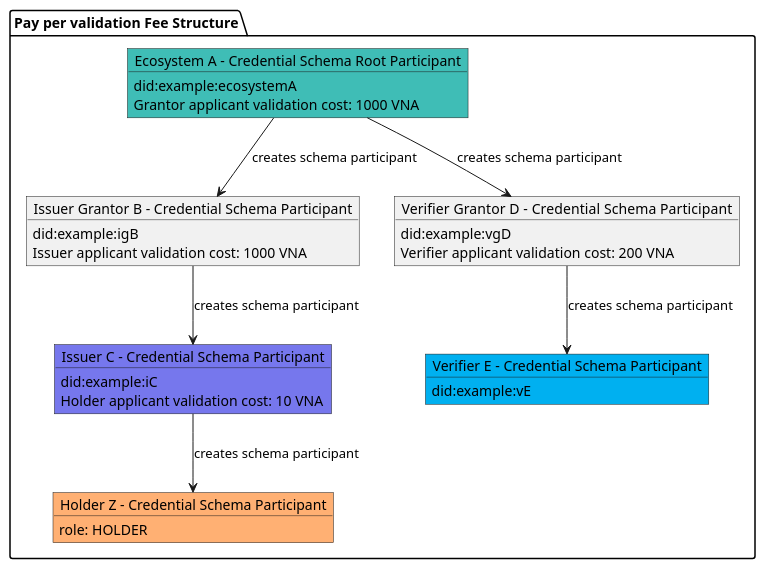
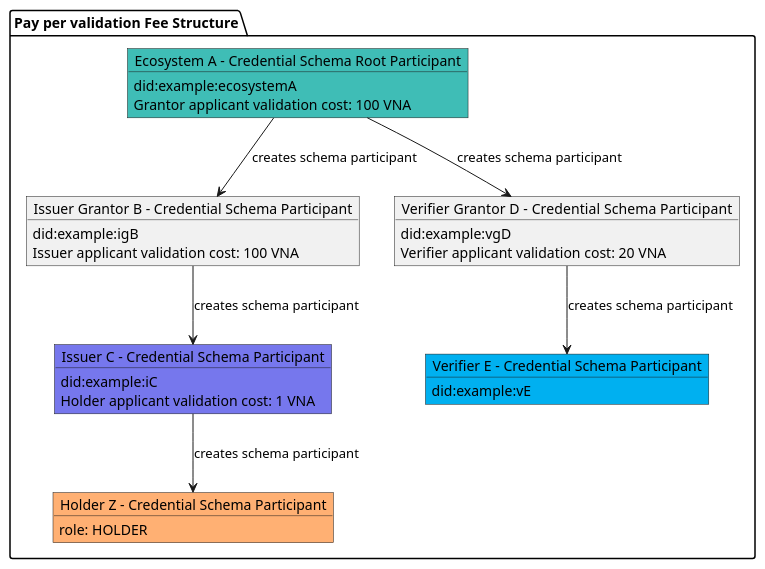
The fourth of 21 diagrams in spec.md (verana-labs/verifiable-trust-vpr-spec), drawn with PlantUML before and after one commit. The commit also changed other lines of this file, not shown here.

First line of the commit message:
docs(spec): use realistic VNA amounts in examples

````diff
--- a/spec.md
+++ b/spec.md
@@ -468,41 +468,41 @@
 ```plantuml
 
 @startuml
 scale max 800 width
  
 package "Pay per validation Fee Structure" as cs {
 
     object "Ecosystem A - Credential Schema Root Participant" as tr #3fbdb6 {
         did:example:ecosystemA
-        Grantor applicant validation cost: 1000 VNA
+        Grantor applicant validation cost: 100 VNA
     }
     object "Issuer Grantor B - Credential Schema Participant" as ig {
         did:example:igB
-        Issuer applicant validation cost: 1000 VNA
+        Issuer applicant validation cost: 100 VNA
     }
     object "Issuer C - Credential Schema Participant" as issuer #7677ed  {
         did:example:iC
-        Holder applicant validation cost: 10 VNA
+        Holder applicant validation cost: 1 VNA
     }
     object "Verifier Grantor D -  Credential Schema Participant" as vg {
         did:example:vgD
-        Verifier applicant validation cost: 200 VNA
+        Verifier applicant validation cost: 20 VNA
     }
     object "Verifier E - Credential Schema Participant" as verifier #00b0f0 {
         did:example:vE
     }
 
     object "Holder Z - Credential Schema Participant" as holder #FFB073 {
         role: HOLDER
     }
 }
 
 tr --> ig : creates schema participant
 ig --> issuer : creates schema participant
 issuer --> holder: creates schema participant
 tr --> vg : creates schema participant
 vg --> verifier : creates schema participant
 
 @enduml
 
 ```
````
